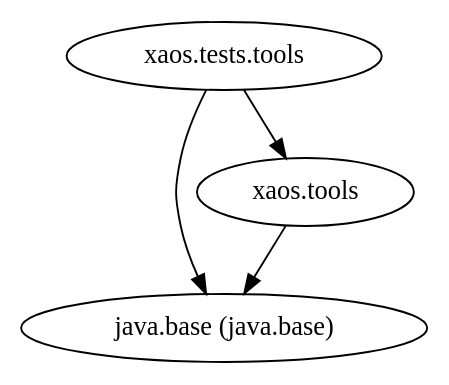
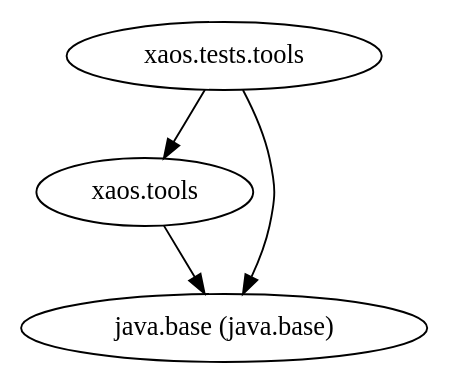
One commit to ESSICS/XAOS changed the diagram in xaos.tests.tools.module/doc/module-dependencies.dot. Above: the diagram before and after it, drawn with Graphviz. The commit also changed other lines of this file and 56 other files, not shown here.

```diff
--- a/xaos.tests.tools.module/doc/module-dependencies.dot
+++ b/xaos.tests.tools.module/doc/module-dependencies.dot
@@ -1,5 +1,5 @@
 digraph "summary" {
+  "xaos.tools"                                       -> "java.base (java.base)";
   "xaos.tests.tools"                                 -> "java.base (java.base)";
   "xaos.tests.tools"                                 -> "xaos.tools";
-  "xaos.tools"                                       -> "java.base (java.base)";
 }
```
